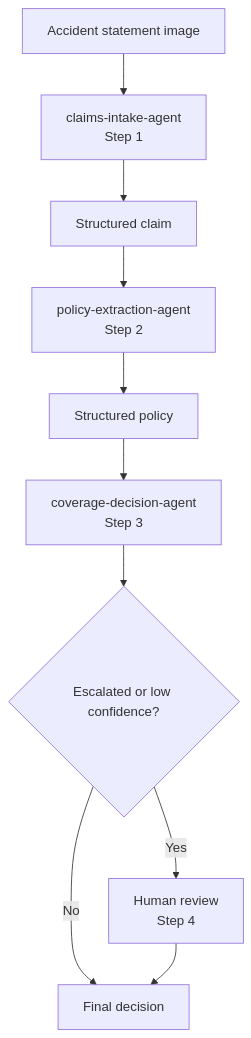
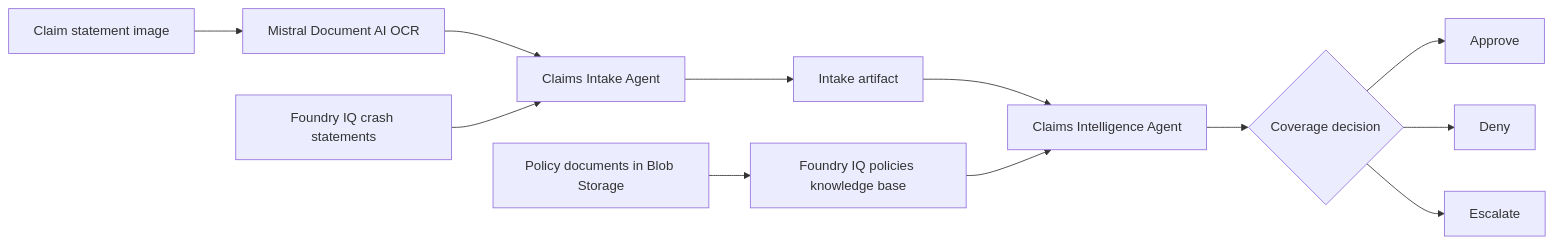
The diagram in 03-Azure/01-04-AI/05_Claims_Processing/challenges/challenge-03.md (microsoft/MicroHack), drawn with Mermaid before and after one commit. The commit also changed other lines of this file and 53 other files, not shown here.

````diff
--- a/03-Azure/01-04-AI/05_Claims_Processing/challenges/challenge-03.md
+++ b/03-Azure/01-04-AI/05_Claims_Processing/challenges/challenge-03.md
@@ -25,12 +19,14 @@
 ```mermaid
-flowchart TD
-        A[Accident statement image] --> B[claims-intake-agent<br/>Step 1]
-        B --> C[Structured claim]
-        C --> D[policy-extraction-agent<br/>Step 2]
-        D --> E[Structured policy]
-        E --> F[coverage-decision-agent<br/>Step 3]
-        F --> G{Escalated or low confidence?}
-        G -- No --> H[Final decision]
-        G -- Yes --> I[Human review<br/>Step 4]
-        I --> H
+flowchart LR
+  A[Claim statement image] --> B[Mistral Document AI OCR]
+  B --> C[Claims Intake Agent]
+  D[Foundry IQ crash statements] --> C
+  C --> E[Intake artifact]
+  G[Policy documents in Blob Storage] --> H[Foundry IQ policies knowledge base]
+  E --> P[Claims Intelligence Agent]
+  H --> P
+  P --> I{Coverage decision}
+  I --> J[Approve]
+  I --> K[Deny]
+  I --> L[Escalate]
 ```
````
